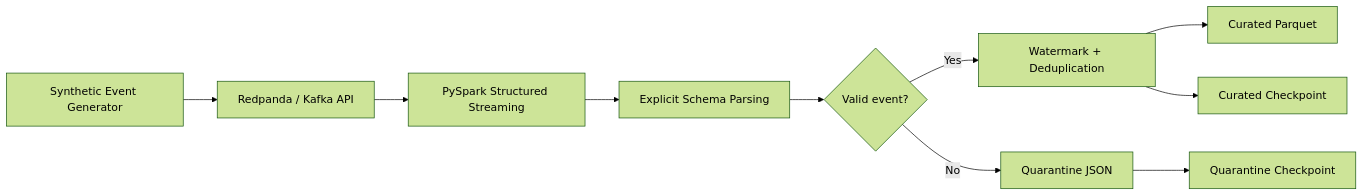
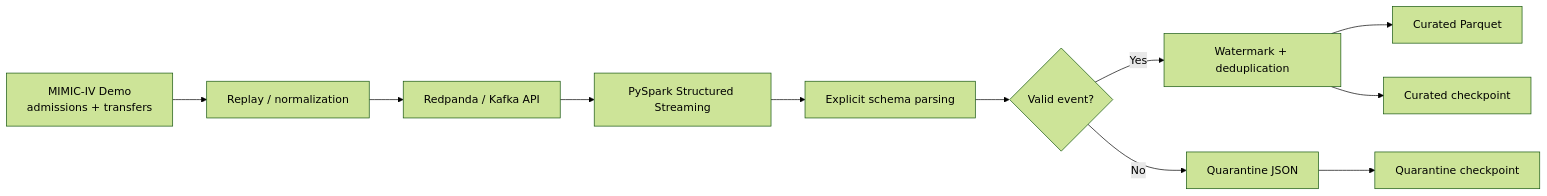
Before and after one commit to Jayanth2429/healthcare-streaming-pipeline: the diagram in README.md, drawn with Mermaid (forest theme). The commit also changed other lines of this file and 13 other files, not shown here.

Commit message:
Use public MIMIC-IV demo data for streaming replay

````diff
--- a/README.md
+++ b/README.md
@@ -15,12 +17,13 @@
 ```mermaid
 flowchart LR
-    A[Synthetic Event Generator] --> B[Redpanda / Kafka API]
-    B --> C[PySpark Structured Streaming]
-    C --> D[Explicit Schema Parsing]
-    D --> E{Valid event?}
-    E -- Yes --> F[Watermark + Deduplication]
-    F --> G[Curated Parquet]
-    E -- No --> H[Quarantine JSON]
-    F --> I[Curated Checkpoint]
-    H --> J[Quarantine Checkpoint]
+    A[MIMIC-IV Demo\nadmissions + transfers] --> B[Replay / normalization]
+    B --> C[Redpanda / Kafka API]
+    C --> D[PySpark Structured Streaming]
+    D --> E[Explicit schema parsing]
+    E --> F{Valid event?}
+    F -- Yes --> G[Watermark + deduplication]
+    G --> H[Curated Parquet]
+    F -- No --> I[Quarantine JSON]
+    G --> J[Curated checkpoint]
+    I --> K[Quarantine checkpoint]
 ```
````
